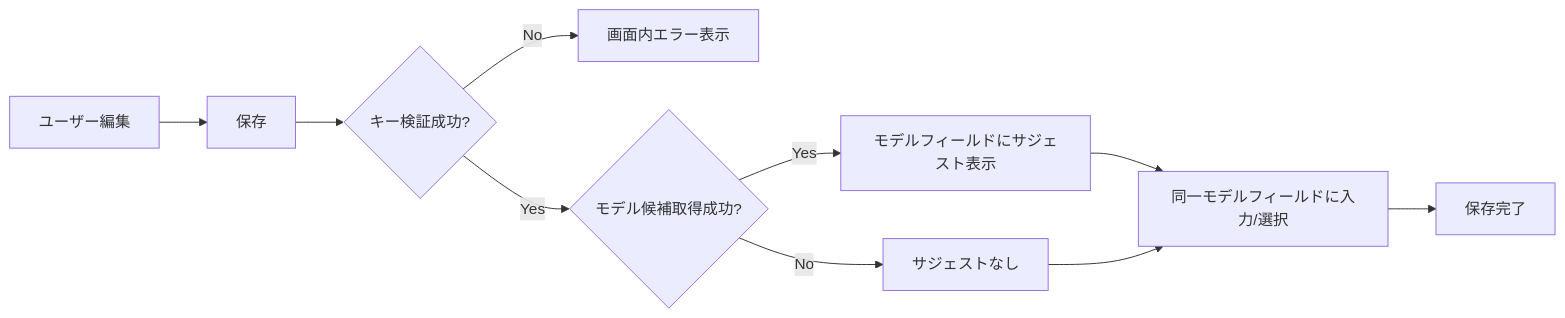
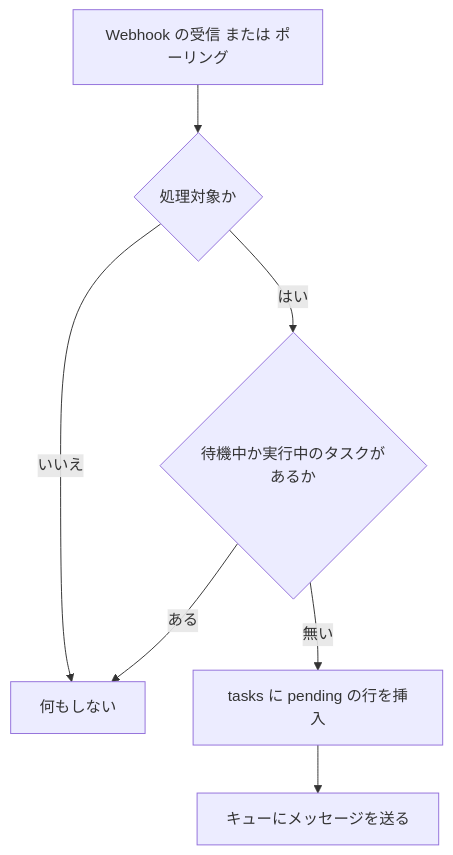
Before and after one commit to notfolder/CodingAgentAutomata: the seventh of 14 diagrams in docs/detail_design.md, drawn with Mermaid. The commit also changed other lines of this file and 15 other files, not shown here.

````diff
--- a/docs/detail_design.md
+++ b/docs/detail_design.md
@@ -158,12 +504,9 @@
 ```mermaid
-flowchart LR
-  UE[ユーザー編集] --> SV[保存]
-  SV --> KV{キー検証成功?}
-  KV -->|No| ER[画面内エラー表示]
-  KV -->|Yes| ML{モデル候補取得成功?}
-  ML -->|Yes| SG[モデルフィールドにサジェスト表示]
-  ML -->|No| NS[サジェストなし]
-  SG --> IN[同一モデルフィールドに入力/選択]
-  NS --> IN
-  IN --> OK[保存完了]
+flowchart TD
+    A[Webhook の受信 または ポーリング] --> B{処理対象か}
+    B -->|いいえ| Z[何もしない]
+    B -->|はい| C{待機中か実行中のタスクがあるか}
+    C -->|ある| Z
+    C -->|無い| D[tasks に pending の行を挿入]
+    D --> E[キューにメッセージを送る]
 ```
````
